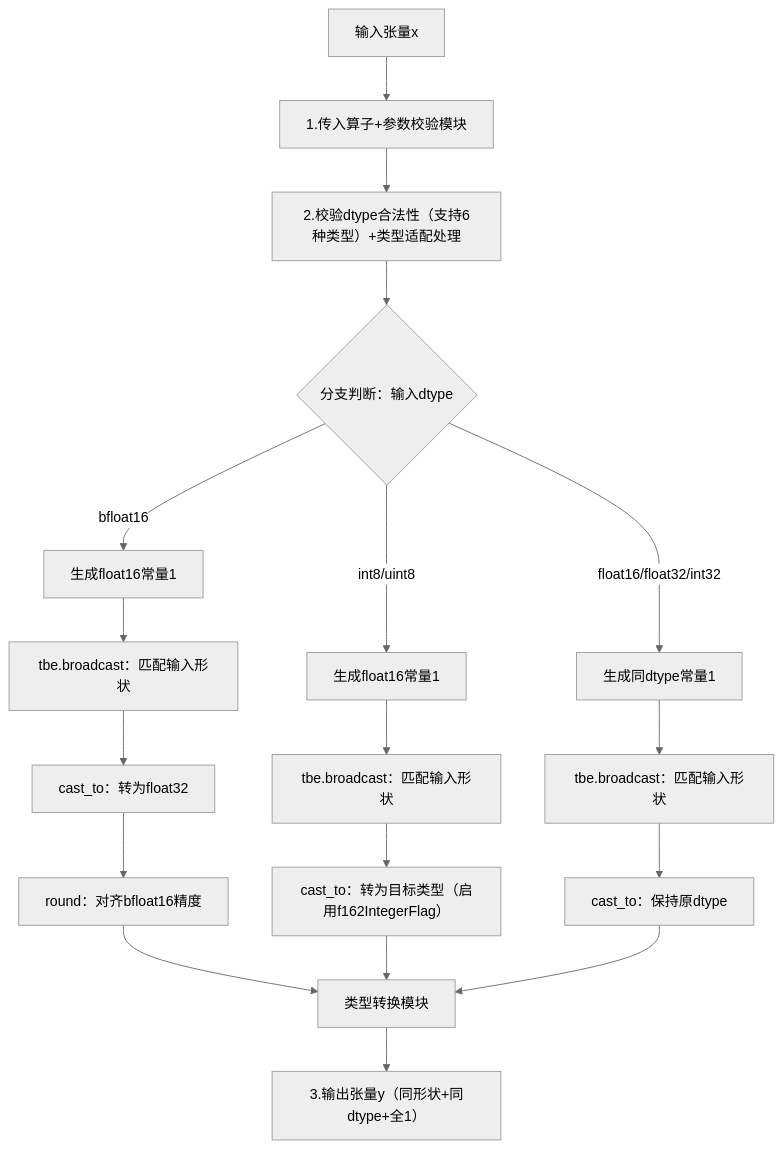
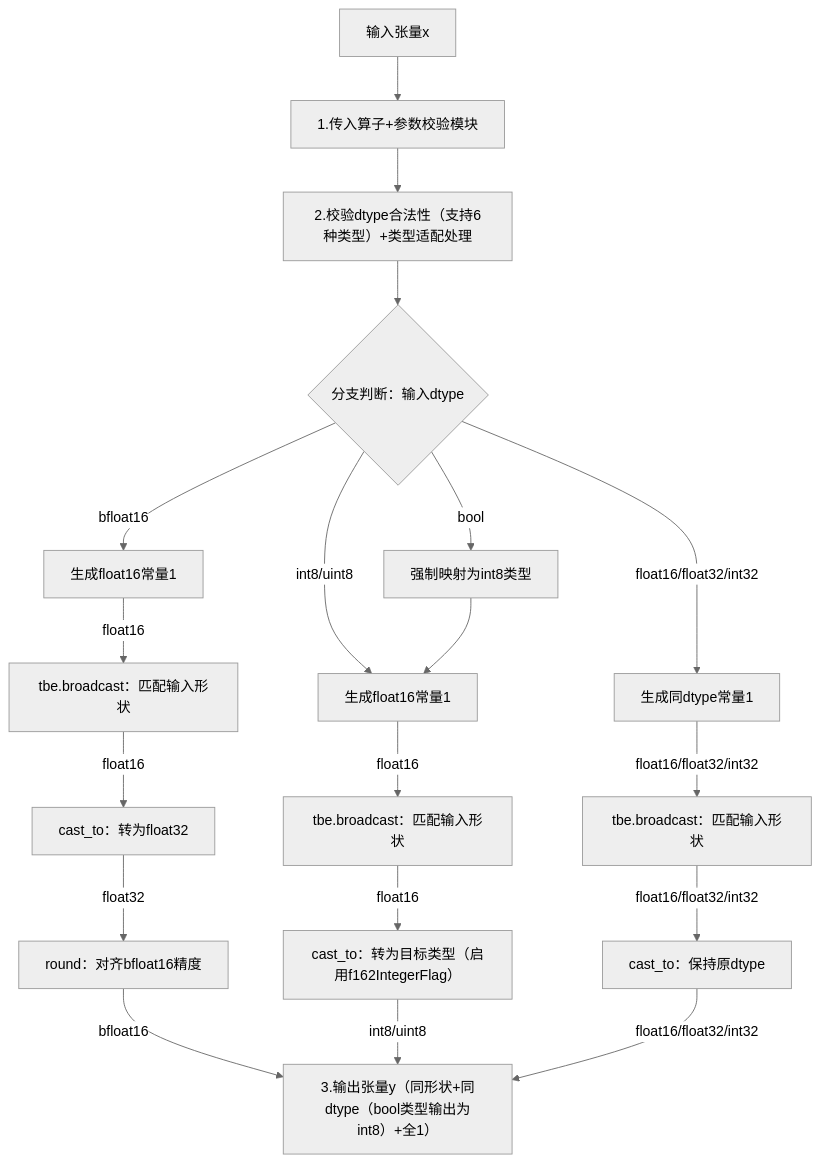
One commit to IceT5/math changed the first of 2 diagrams in experimental/math/ones_like/Readme.md. Above: the diagram before and after it, drawn with Mermaid (neutral theme). The commit also changed other lines of this file, not shown here.

````diff
--- a/experimental/math/ones_like/Readme.md
+++ b/experimental/math/ones_like/Readme.md
@@ -15,20 +15,21 @@
 ```mermaid
 graph TD
     A[输入张量x] --> B[1.传入算子+参数校验模块]
     B --> C[2.校验dtype合法性（支持6种类型）+类型适配处理]
     C --> D{分支判断：输入dtype}
     D -->|bfloat16| E1[生成float16常量1]
-    E1 --> F1[tbe.broadcast：匹配输入形状]
-    F1 --> G1[cast_to：转为float32]
-    G1 --> H1[round：对齐bfloat16精度]
-    H1 --> I[类型转换模块]
+    E1 -->|float16| F1[tbe.broadcast：匹配输入形状]
+    F1 -->|float16| G1[cast_to：转为float32]
+    G1 -->|float32| H1[round：对齐bfloat16精度]
+    H1 -->|bfloat16| I[3.输出张量y（同形状+同dtype（bool类型输出为int8）+全1）]
     D -->|int8/uint8| E2[生成float16常量1]
-    E2 --> F2[tbe.broadcast：匹配输入形状]
-    F2 --> G2[cast_to：转为目标类型（启用f162IntegerFlag）]
-    G2 --> I
+    E2 -->|float16| F2[tbe.broadcast：匹配输入形状]
+    F2 -->|float16| G2[cast_to：转为目标类型（启用f162IntegerFlag）]
+    G2 -->|int8/uint8| I
     D -->|float16/float32/int32| E3[生成同dtype常量1]
-    E3 --> F3[tbe.broadcast：匹配输入形状]
-    F3 --> G3[cast_to：保持原dtype]
-    G3 --> I
-    I --> J[3.输出张量y（同形状+同dtype+全1）]
+    E3 -->|float16/float32/int32| F3[tbe.broadcast：匹配输入形状]
+    F3 -->|float16/float32/int32| G3[cast_to：保持原dtype]
+    G3 -->|float16/float32/int32| I
+    D -->|bool|E4[强制映射为int8类型]-->E2
+    
 ```
````
